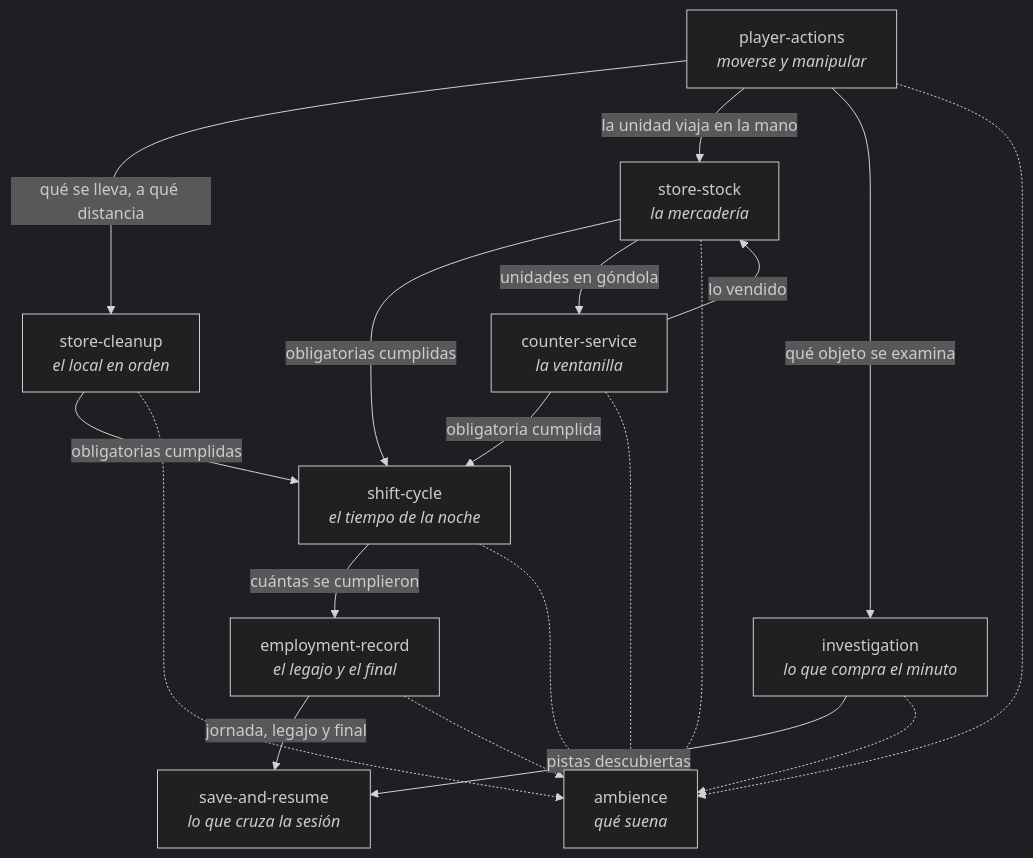
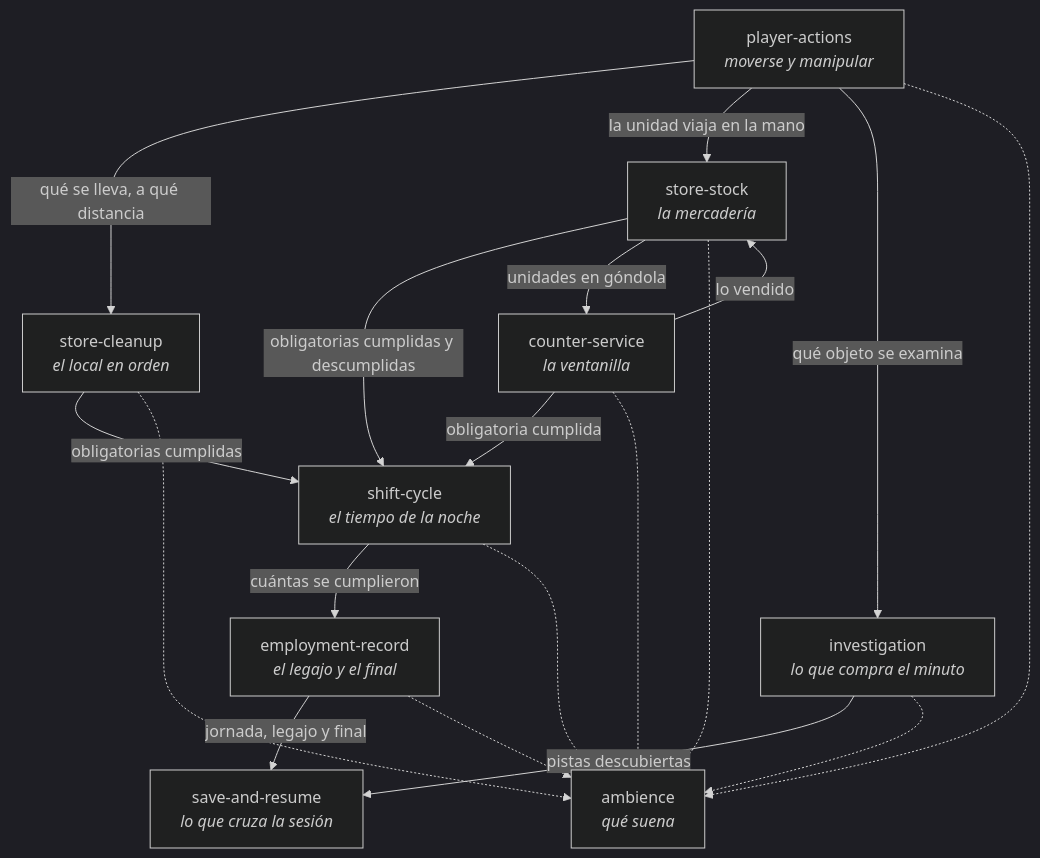
Before and after one commit to federicohermo/nosefia: the diagram in docs/architecture/capacidades.md, drawn with Mermaid (dark theme). The commit also changed 8 other files, not shown here.

````diff
--- a/docs/architecture/capacidades.md
+++ b/docs/architecture/capacidades.md
@@ -22,31 +22,31 @@
 ```mermaid
 flowchart TD
   SHF["shift-cycle<br/><i>el tiempo de la noche</i>"]
   EMP["employment-record<br/><i>el legajo y el final</i>"]
   SAV["save-and-resume<br/><i>lo que cruza la sesión</i>"]
   PLY["player-actions<br/><i>moverse y manipular</i>"]
   INV["investigation<br/><i>lo que compra el minuto</i>"]
   CTR["counter-service<br/><i>la ventanilla</i>"]
   STK["store-stock<br/><i>la mercadería</i>"]
   CLN["store-cleanup<br/><i>el local en orden</i>"]
   AMB["ambience<br/><i>qué suena</i>"]
 
   CTR -- "obligatoria cumplida" --> SHF
-  STK -- "obligatorias cumplidas" --> SHF
+  STK -- "obligatorias cumplidas y descumplidas" --> SHF
   CLN -- "obligatorias cumplidas" --> SHF
   SHF -- "cuántas se cumplieron" --> EMP
   EMP -- "jornada, legajo y final" --> SAV
   INV -- "pistas descubiertas" --> SAV
   STK -- "unidades en góndola" --> CTR
   CTR -- "lo vendido" --> STK
   PLY -- "qué se lleva, a qué distancia" --> CLN
   PLY -- "la unidad viaja en la mano" --> STK
   PLY -- "qué objeto se examina" --> INV
   SHF -.-> AMB
   EMP -.-> AMB
   CTR -.-> AMB
   STK -.-> AMB
   CLN -.-> AMB
   PLY -.-> AMB
   INV -.-> AMB
 ```
````
